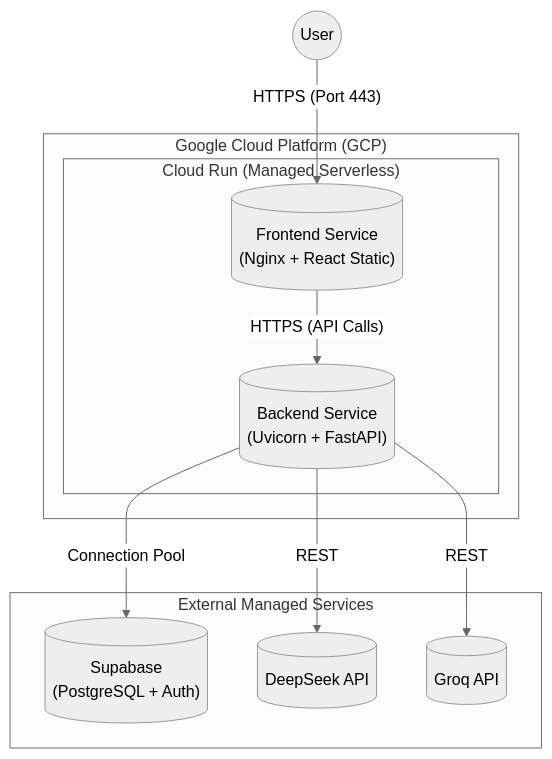
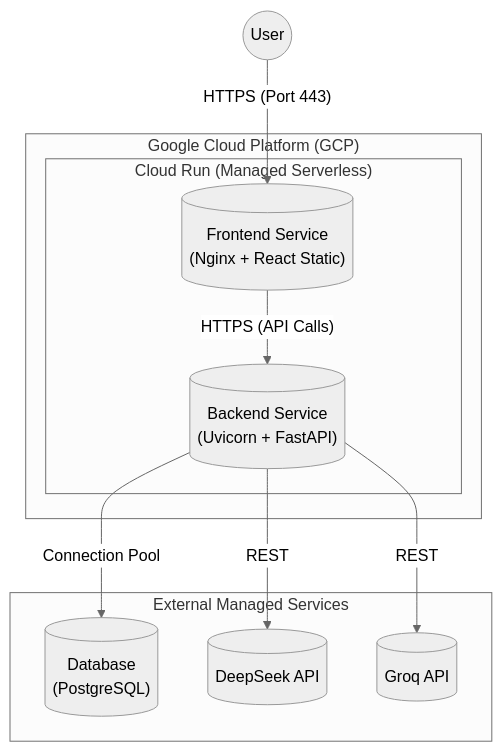
Before and after one commit to edavtyanhse/edtonai: the third of 3 diagrams in docs/ARCHITECTURE.md, drawn with Mermaid (neutral theme). The commit also changed other lines of this file and 63 other files, not shown here.

````diff
--- a/docs/ARCHITECTURE.md
+++ b/docs/ARCHITECTURE.md
@@ -67,24 +65,24 @@
 ```mermaid
 graph TB
     user((User))
 
     subgraph "Google Cloud Platform (GCP)"
         subgraph "Cloud Run (Managed Serverless)"
             frontend[("Frontend Service<br/>(Nginx + React Static)")]
             backend[("Backend Service<br/>(Uvicorn + FastAPI)")]
         end
     end
 
     subgraph "External Managed Services"
-        supabase[("Supabase<br/>(PostgreSQL + Auth)")]
+        database[("Database<br/>(PostgreSQL)")]
         deepseek[("DeepSeek API")]
         groq[("Groq API")]
     end
 
     user -- "HTTPS (Port 443)" --> frontend
     frontend -- "HTTPS (API Calls)" --> backend
     
-    backend -- "Connection Pool" --> supabase
+    backend -- "Connection Pool" --> database
     backend -- "REST" --> deepseek
     backend -- "REST" --> groq
 ```
````
